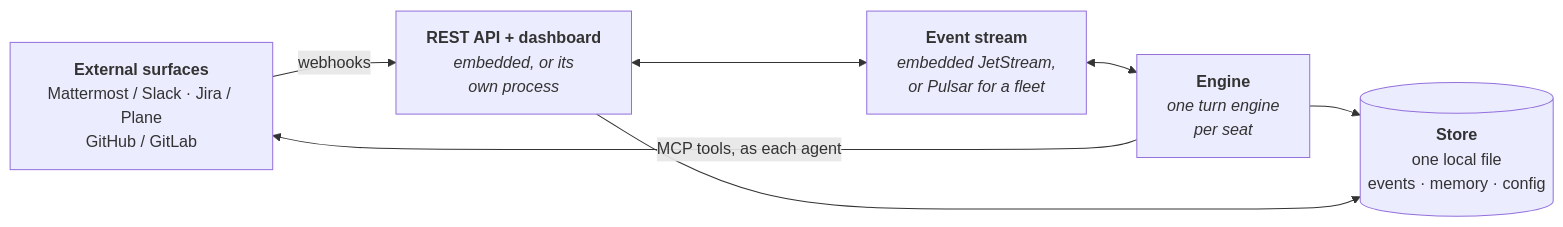
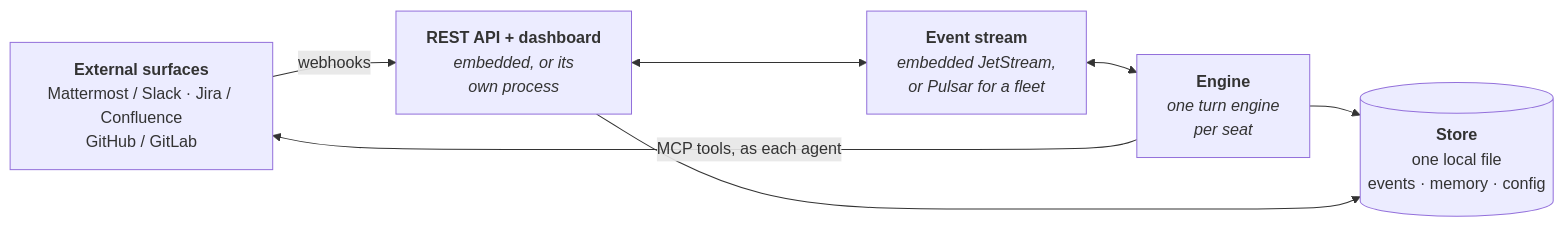
The second of 2 diagrams in README.md (crewlet/crewlet), drawn with Mermaid before and after one commit. The commit also changed other lines of this file and 36 other files, not shown here.

````diff
--- a/README.md
+++ b/README.md
@@ -219,15 +219,15 @@
 ```mermaid
 flowchart LR
-    EXT["<b>External surfaces</b><br/>Mattermost / Slack · Jira / Plane<br/>GitHub / GitLab"]
+    EXT["<b>External surfaces</b><br/>Mattermost / Slack · Jira / Confluence<br/>GitHub / GitLab"]
     API["<b>REST API + dashboard</b><br/><i>embedded, or its<br/>own process</i>"]
     Q["<b>Event stream</b><br/><i>embedded JetStream,<br/>or Pulsar for a fleet</i>"]
     ENG["<b>Engine</b><br/><i>one turn engine<br/>per seat</i>"]
     DB[("<b>Store</b><br/>one local file<br/>events · memory · config")]
 
     EXT -->|webhooks| API
     API <--> Q
     Q <--> ENG
     ENG -->|"MCP tools, as each agent"| EXT
     ENG --> DB
     API --> DB
 ```
````
